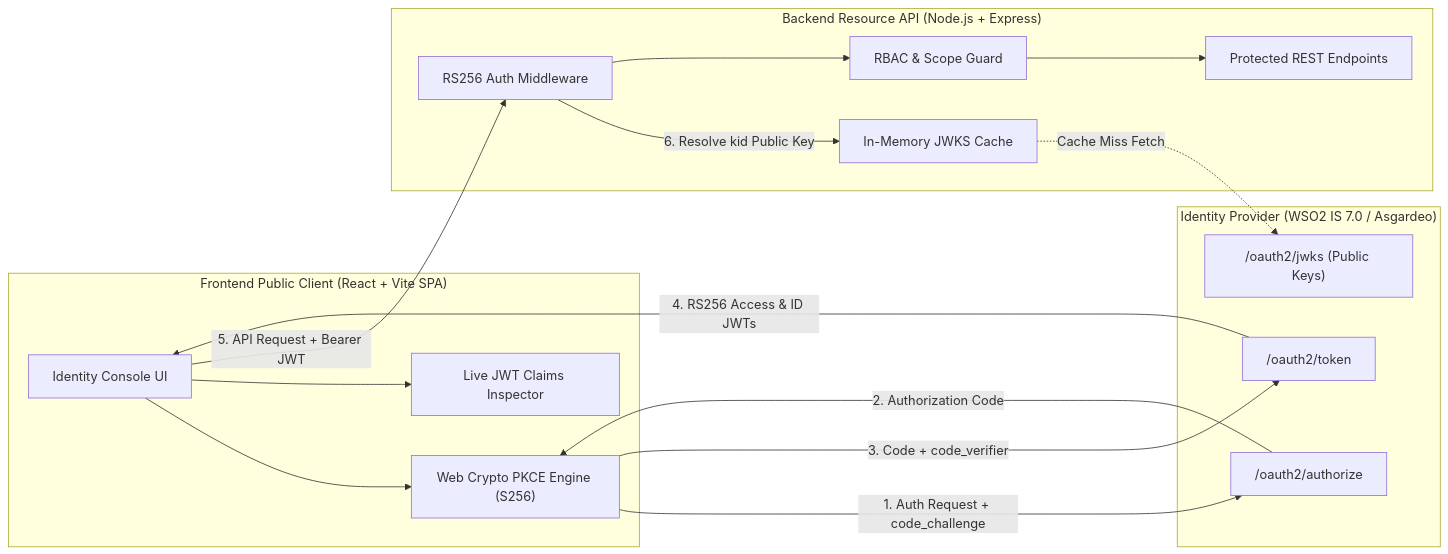
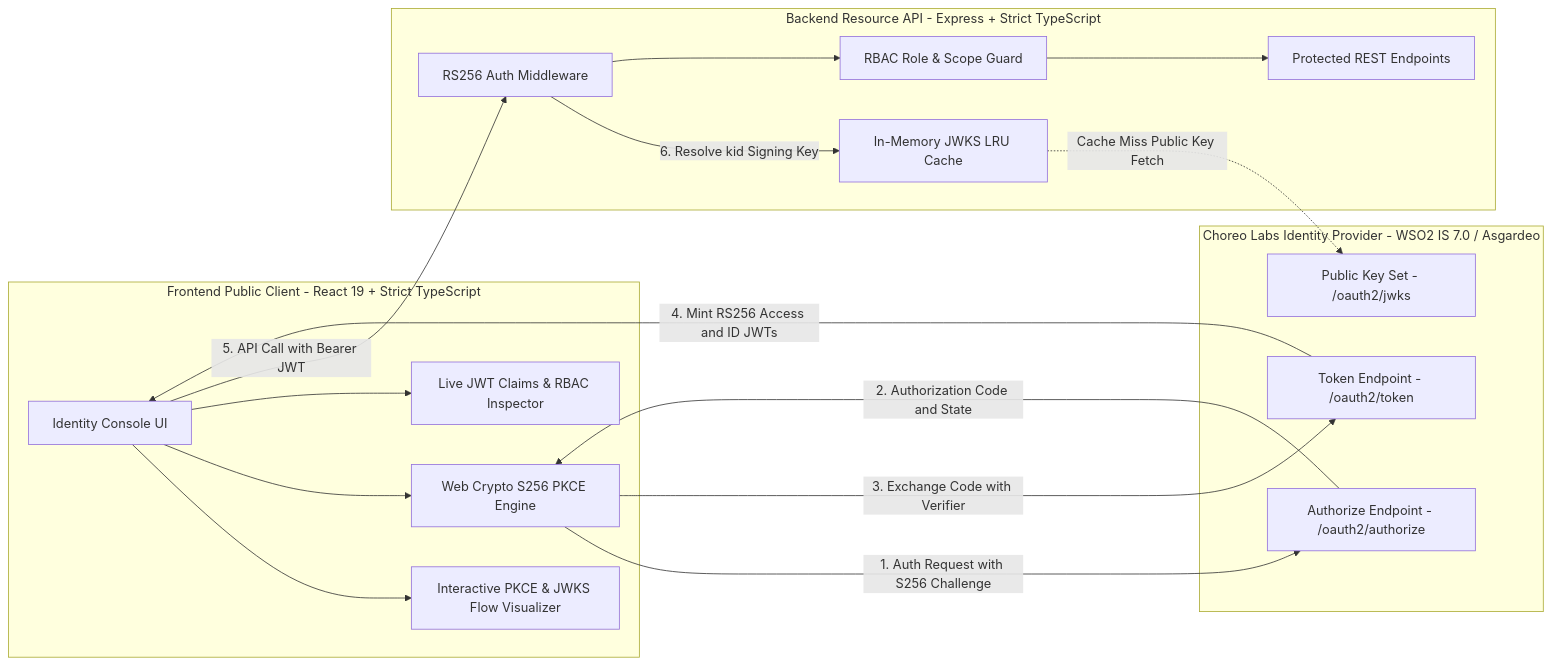
Before and after one commit to theekshana-sudeepa/wso2-identity-integration-demo: the first of 2 diagrams in README.md, drawn with Mermaid. The commit also changed other lines of this file and 4 other files, not shown here.

Commit message:
docs(readme): add Choreo Labs showcase screenshots, setup runbook, and audited Mermaid diagrams

````diff
--- a/README.md
+++ b/README.md
@@ -23,33 +45,35 @@
 ```mermaid
 flowchart LR
-    subgraph Client["Frontend Public Client (React + Vite SPA)"]
+    subgraph Client["Frontend Public Client - React 19 + Strict TypeScript"]
         UI["Identity Console UI"]
-        PKCE["Web Crypto PKCE Engine (S256)"]
-        Inspector["Live JWT Claims Inspector"]
+        FLOW["Interactive PKCE & JWKS Flow Visualizer"]
+        PKCE["Web Crypto S256 PKCE Engine"]
+        INSPECTOR["Live JWT Claims & RBAC Inspector"]
     end
 
-    subgraph IdP["Identity Provider (WSO2 IS 7.0 / Asgardeo)"]
-        AuthZ["/oauth2/authorize"]
-        TokenEP["/oauth2/token"]
-        JWKS["/oauth2/jwks (Public Keys)"]
+    subgraph IdP["Choreo Labs Identity Provider - WSO2 IS 7.0 / Asgardeo"]
+        AUTHZ["Authorize Endpoint - /oauth2/authorize"]
+        TOKEN["Token Endpoint - /oauth2/token"]
+        JWKS["Public Key Set - /oauth2/jwks"]
     end
 
-    subgraph ResourceServer["Backend Resource API (Node.js + Express)"]
-        AuthMW["RS256 Auth Middleware"]
-        KeyCache["In-Memory JWKS Cache"]
-        RBAC["RBAC & Scope Guard"]
-        Routes["Protected REST Endpoints"]
+    subgraph ResourceServer["Backend Resource API - Express + Strict TypeScript"]
+        AUTHMW["RS256 Auth Middleware"]
+        KEYCACHE["In-Memory JWKS LRU Cache"]
+        RBAC["RBAC Role & Scope Guard"]
+        ROUTES["Protected REST Endpoints"]
     end
 
+    UI --> FLOW
     UI --> PKCE
-    PKCE -- "1. Auth Request + code_challenge" --> AuthZ
-    AuthZ -- "2. Authorization Code" --> PKCE
-    PKCE -- "3. Code + code_verifier" --> TokenEP
-    TokenEP -- "4. RS256 Access & ID JWTs" --> UI
-    UI --> Inspector
-    UI -- "5. API Request + Bearer JWT" --> AuthMW
-    AuthMW -- "6. Resolve kid Public Key" --> KeyCache
-    KeyCache -. "Cache Miss Fetch" .-> JWKS
-    AuthMW --> RBAC
-    RBAC --> Routes
+    PKCE -->|1. Auth Request with S256 Challenge| AUTHZ
+    AUTHZ -->|2. Authorization Code and State| PKCE
+    PKCE -->|3. Exchange Code with Verifier| TOKEN
+    TOKEN -->|4. Mint RS256 Access and ID JWTs| UI
+    UI --> INSPECTOR
+    UI -->|5. API Call with Bearer JWT| AUTHMW
+    AUTHMW -->|6. Resolve kid Signing Key| KEYCACHE
+    KEYCACHE -.->|Cache Miss Public Key Fetch| JWKS
+    AUTHMW --> RBAC
+    RBAC --> ROUTES
 ```
````
